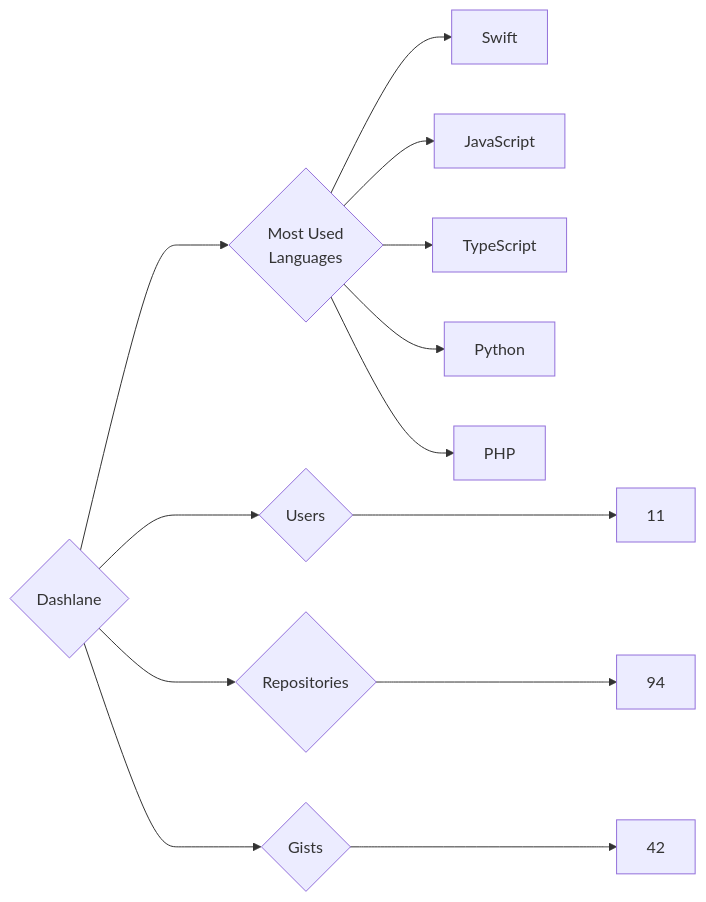
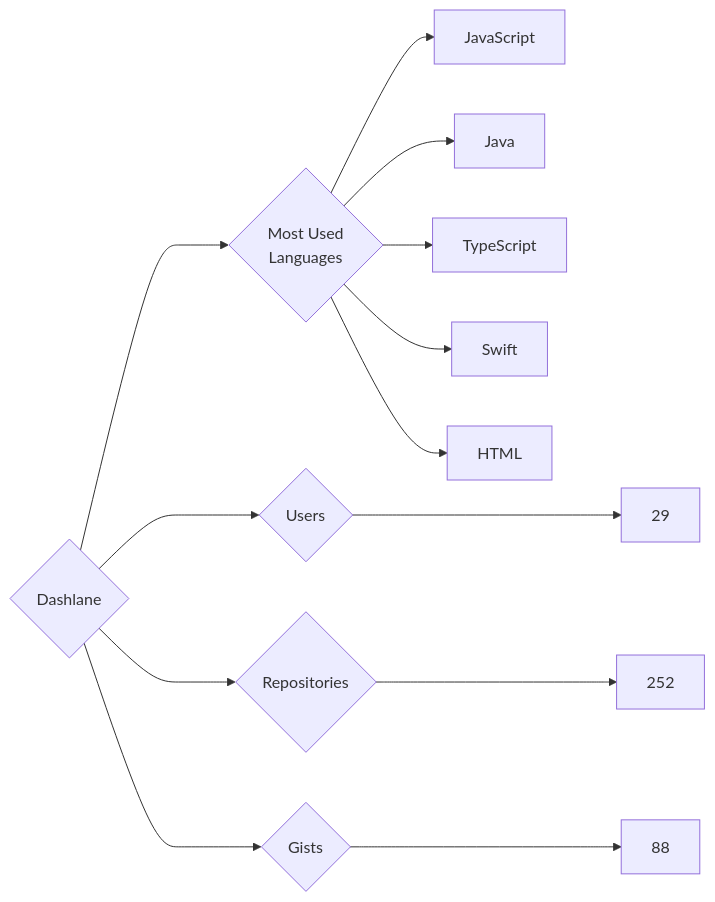
The diagram in targets/Dashlane/README.md (trickest/insiders), drawn with Mermaid before and after one commit. The commit also changed 594 other files, not shown here.

````diff
--- a/targets/Dashlane/README.md
+++ b/targets/Dashlane/README.md
@@ -3,13 +3,13 @@
 ```mermaid
 graph LR
 COMPANY_NAME{Dashlane}
-COMPANY_NAME ---> U{Users} ---> UN[11]
-COMPANY_NAME ---> R{Repositories} ---> RN[94]
-COMPANY_NAME ---> G{Gists} ---> GN[42]
+COMPANY_NAME ---> U{Users} ---> UN[29]
+COMPANY_NAME ---> R{Repositories} ---> RN[252]
+COMPANY_NAME ---> G{Gists} ---> GN[88]
 COMPANY_NAME ---> ML{Most Used<br>Languages}
+ML --> JavaScript[JavaScript]
+ML --> Java[Java]
+ML --> TypeScript[TypeScript]
 ML --> Swift[Swift]
-ML --> JavaScript[JavaScript]
-ML --> TypeScript[TypeScript]
-ML --> Python[Python]
-ML --> PHP[PHP]
+ML --> HTML[HTML]
 ```
````
